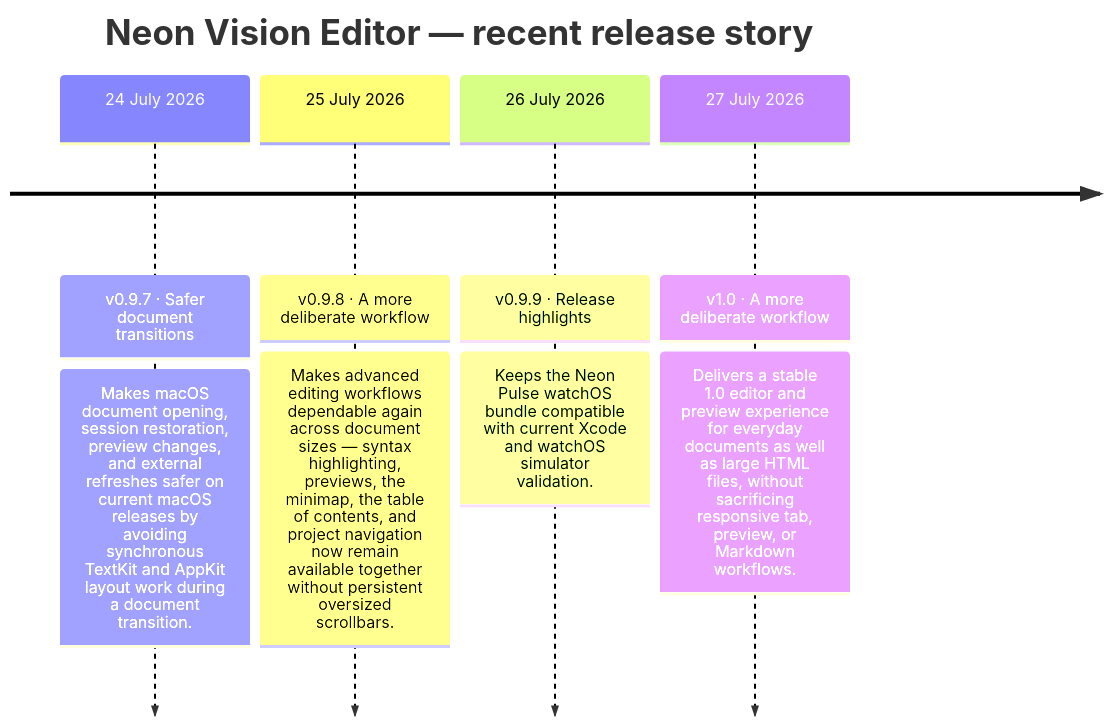
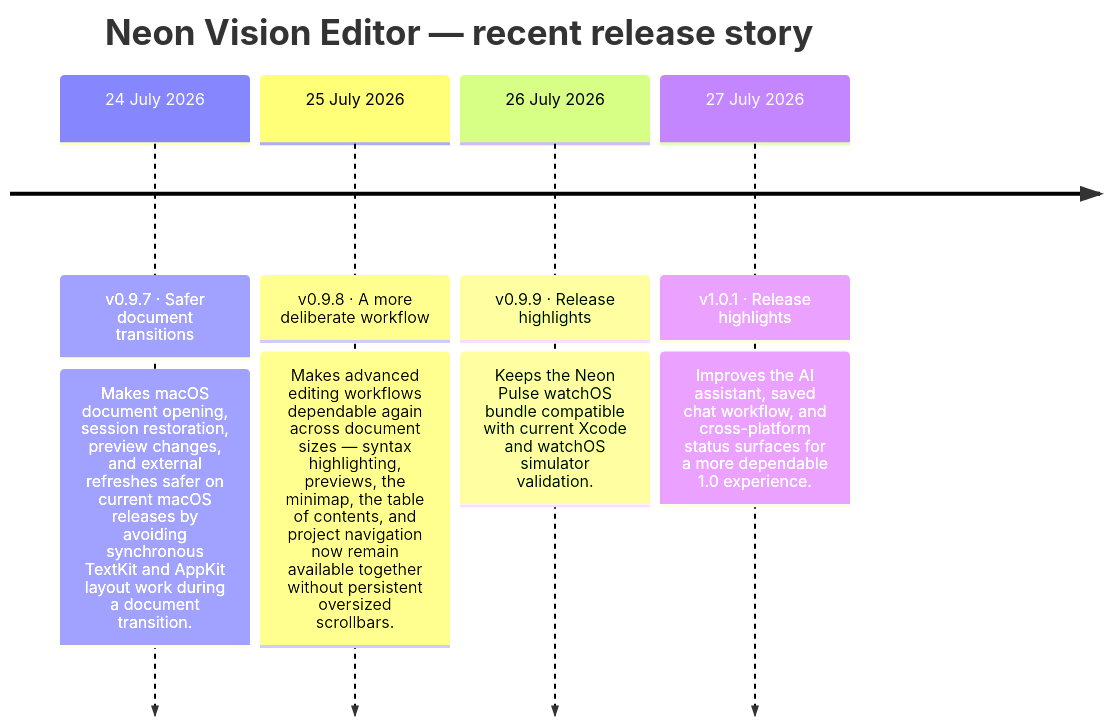
The second of 2 diagrams in README.md (h3pdesign/Neon-Vision-Editor), drawn with Mermaid before and after one commit. The commit also changed other lines of this file and 3 other files, not shown here.

````diff
--- a/README.md
+++ b/README.md
@@ -755,12 +755,12 @@
 ```mermaid
 timeline
     title Neon Vision Editor — recent release story
     24 July 2026 : v0.9.7 · Safer document transitions
                 : Makes macOS document opening, session restoration, preview changes, and external refreshes safer on current macOS releases by avoiding synchronous TextKit and AppKit layout work during a document transition.
     25 July 2026 : v0.9.8 · A more deliberate workflow
                 : Makes advanced editing workflows dependable again across document sizes — syntax highlighting, previews, the minimap, the table of contents, and project navigation now remain available together without persistent oversized scrollbars.
     26 July 2026 : v0.9.9 · Release highlights
                 : Keeps the Neon Pulse watchOS bundle compatible with current Xcode and watchOS simulator validation.
-    27 July 2026 : v1.0 · A more deliberate workflow
-                : Delivers a stable 1.0 editor and preview experience for everyday documents as well as large HTML files, without sacrificing responsive tab, preview, or Markdown workflows.
+    27 July 2026 : v1.0.1 · Release highlights
+                : Improves the AI assistant, saved chat workflow, and cross-platform status surfaces for a more dependable 1.0 experience.
 ```
````
